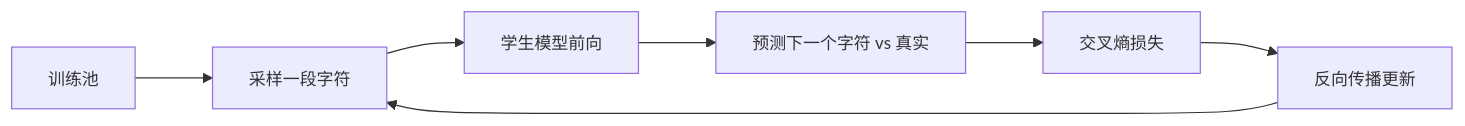
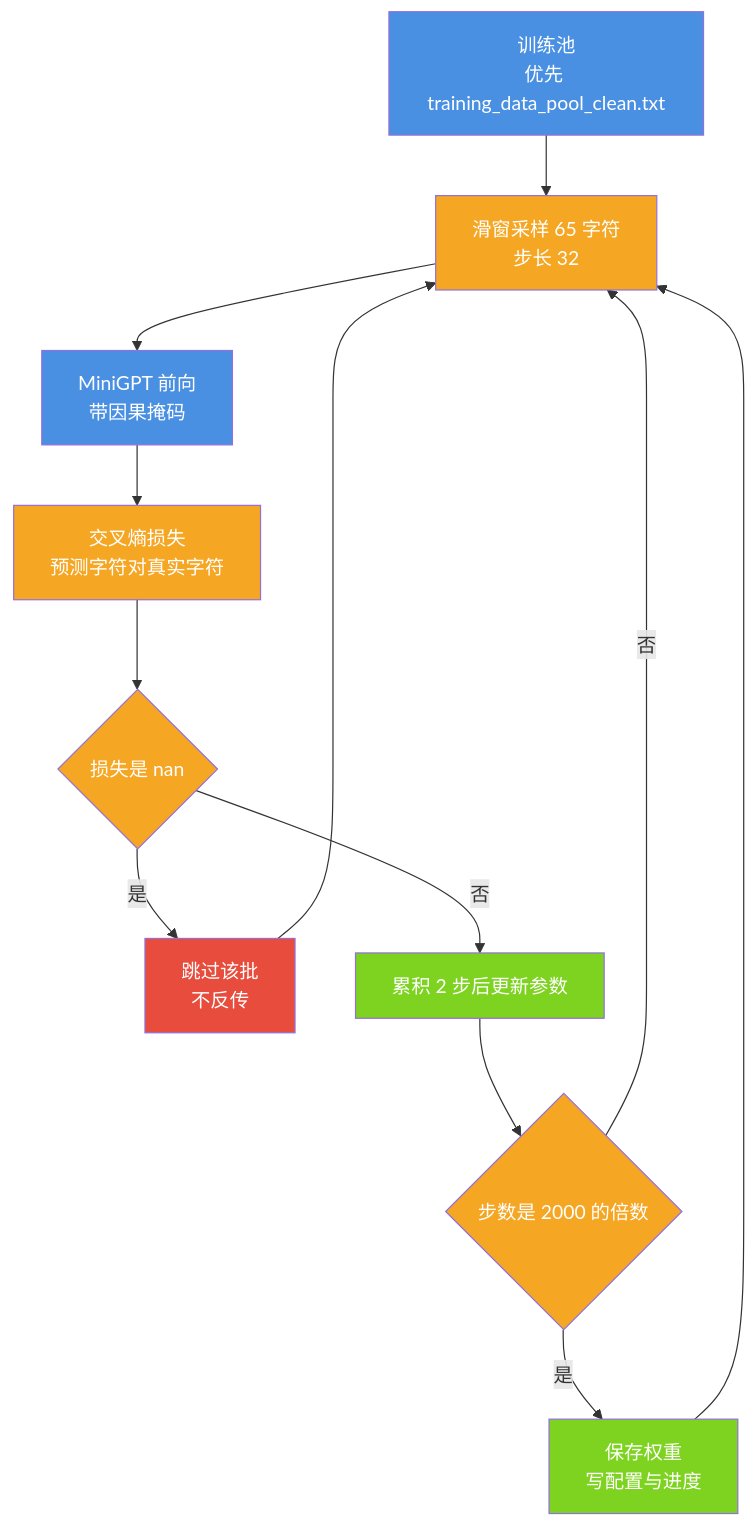
One commit to jiangchuangege/xiaojiao-harnees changed the fourth of 5 diagrams in docs/xiaojiao_model.md. Above: the diagram before and after it, drawn with Mermaid. The commit also changed other lines of this file and 51 other files, not shown here.

````diff
--- a/docs/xiaojiao_model.md
+++ b/docs/xiaojiao_model.md
@@ -103,10 +225,23 @@
 ```mermaid
-%%{init: {"themeVariables": {"fontSize": "14px"}, "flowchart": {"htmlLabels": true, "wrappingWidth": 320, "nodeSpacing": 46, "rankSpacing": 64, "useMaxWidth": true}}}%%
-flowchart LR
-    A["训练池"] --> B["采样一段字符"]
-    B --> C["学生模型前向"]
-    C --> D["预测下一个字符 vs 真实"]
-    D --> E["交叉熵损失"]
-    E --> F["反向传播更新"]
+flowchart TB
+    A["训练池<br/>优先 training_data_pool_clean.txt"] --> B["滑窗采样 65 字符<br/>步长 32"]
+    B --> C["MiniGPT 前向<br/>带因果掩码"]
+    C --> D["交叉熵损失<br/>预测字符对真实字符"]
+    D --> E{"损失是 nan"}
+    E -- "是" --> F["跳过该批<br/>不反传"]
+    E -- "否" --> G["累积 2 步后更新参数"]
+    G --> H{"步数是 2000 的倍数"}
+    H -- "是" --> I["保存权重<br/>写配置与进度"]
+    H -- "否" --> B
+    I --> B
     F --> B
+    style A fill:#4A90E2,color:#fff
+    style B fill:#F5A623,color:#fff
+    style C fill:#4A90E2,color:#fff
+    style D fill:#F5A623,color:#fff
+    style E fill:#F5A623,color:#fff
+    style F fill:#E74C3C,color:#fff
+    style G fill:#7ED321,color:#fff
+    style H fill:#F5A623,color:#fff
+    style I fill:#7ED321,color:#fff
 ```
````
